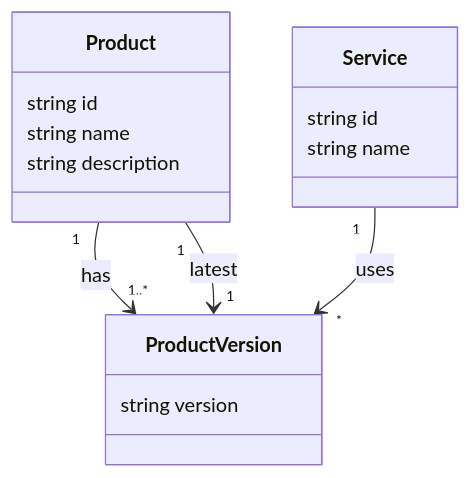
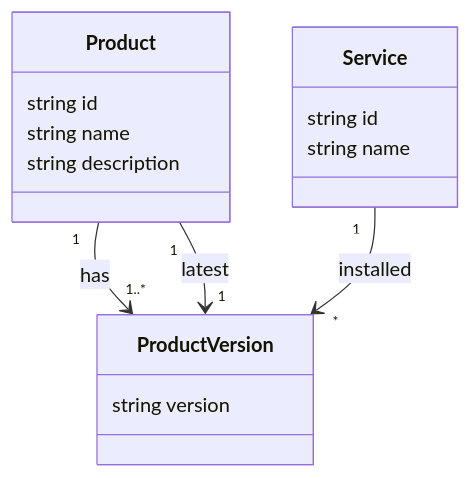
The first of 3 diagrams in system_design/information_model.md (dnulnets/jjanus), drawn with Mermaid before and after one commit. The commit also changed other lines of this file, not shown here.

````diff
--- a/system_design/information_model.md
+++ b/system_design/information_model.md
@@ -6,18 +6,18 @@
 ```mermaid
 classDiagram
     class Service {
         string id
         string name
     }
     class Product {
         string id
         string name
         string description
     }
     class ProductVersion {
         string version
     }
     Product "1" --> "1..*" ProductVersion : has
     Product "1" --> "1" ProductVersion : latest
-    Service "1" --> "*" ProductVersion : uses
+    Service "1" --> "*" ProductVersion : installed
 ```
````
